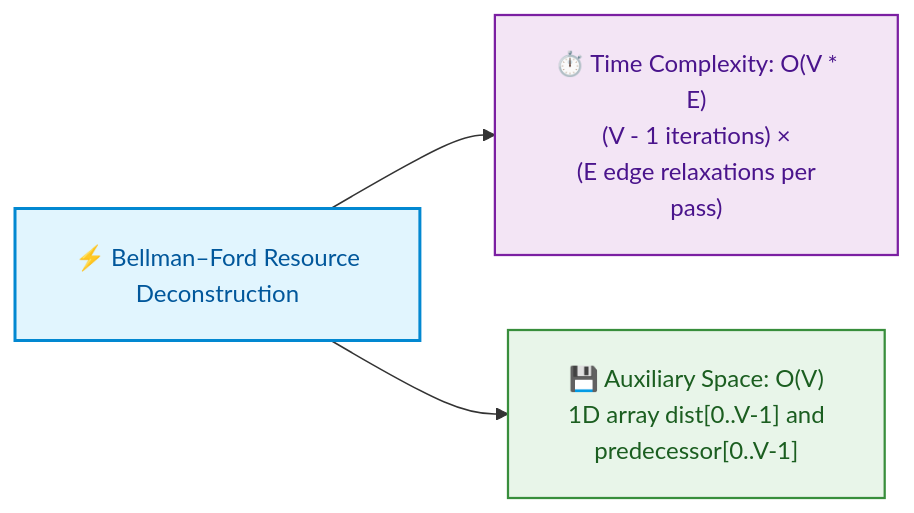
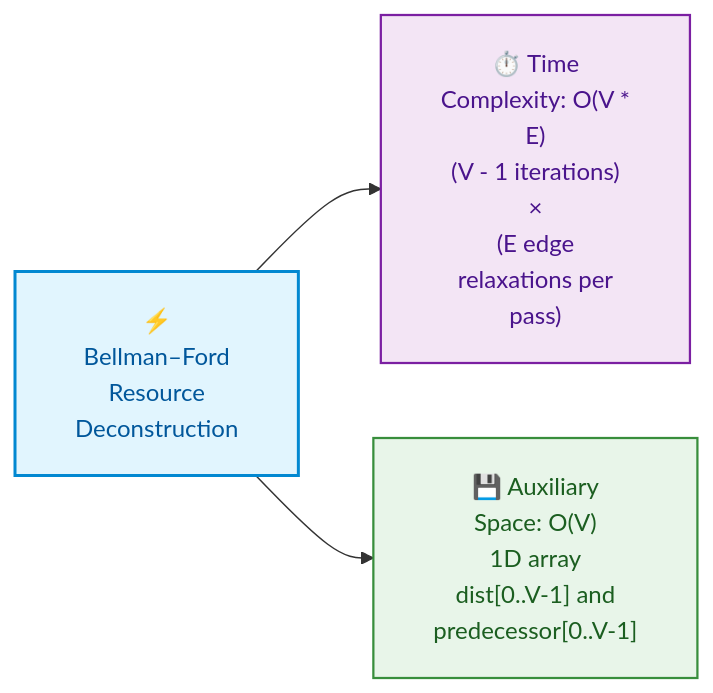
Before and after one commit to dip4k/DSA_102: the eighth of 15 diagrams in week_09_graph_algorithms_i/Week_09_Visual_Concepts_Playbook_HYBRID.md, drawn with Mermaid. The commit also changed other lines of this file and 106 other files, not shown here.

First line of the commit message:
fix(mermaid): prevent text clipping with foreignObject overflow and tighter line wrapping

````diff
--- a/week_09_graph_algorithms_i/Week_09_Visual_Concepts_Playbook_HYBRID.md
+++ b/week_09_graph_algorithms_i/Week_09_Visual_Concepts_Playbook_HYBRID.md
@@ -285,11 +285,11 @@
 ```mermaid
-%%{init: {"flowchart": {"htmlLabels": true, "padding": 20}}}%%
+%%{init: {"flowchart": {"htmlLabels": true, "padding": 20}, "themeCSS": "foreignObject { overflow: visible !important; }"}}%%
 flowchart LR
     classDef box fill:#e1f5fe,stroke:#0288d1,color:#01579b,stroke-width:2px;
     classDef time fill:#f3e5f5,stroke:#7b1fa2,color:#4a148c,stroke-width:1.5px;
     classDef space fill:#e8f5e9,stroke:#388e3c,color:#1b5e20,stroke-width:1.5px;
 
-    BF["⚡ Bellman–Ford Resource<br/>Deconstruction"]:::box
-    BF --> T["⏱️ Time Complexity: O(V *<br/>E)<br/>(V - 1 iterations) ×<br/>(E edge relaxations per<br/>pass)"]:::time
-    BF --> S["💾 Auxiliary Space: O(V)<br/>1D array dist[0..V-1] and<br/>predecessor[0..V-1]"]:::space
+    BF["⚡<br/>Bellman–Ford<br/>Resource<br/>Deconstruction"]:::box
+    BF --> T["⏱️ Time<br/>Complexity: O(V *<br/>E)<br/>(V - 1 iterations)<br/>×<br/>(E edge<br/>relaxations per<br/>pass)"]:::time
+    BF --> S["💾 Auxiliary<br/>Space: O(V)<br/>1D array<br/>dist[0..V-1] and<br/>predecessor[0..V-1]"]:::space
 ```
````
